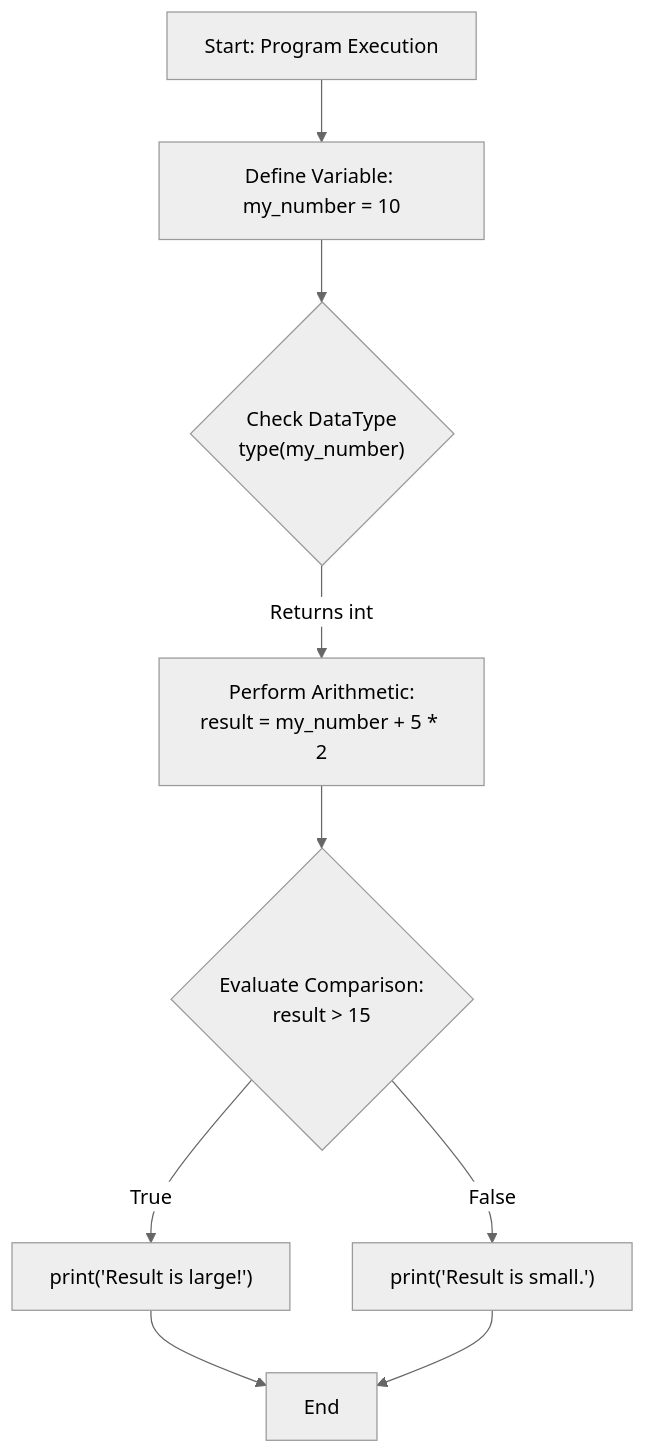
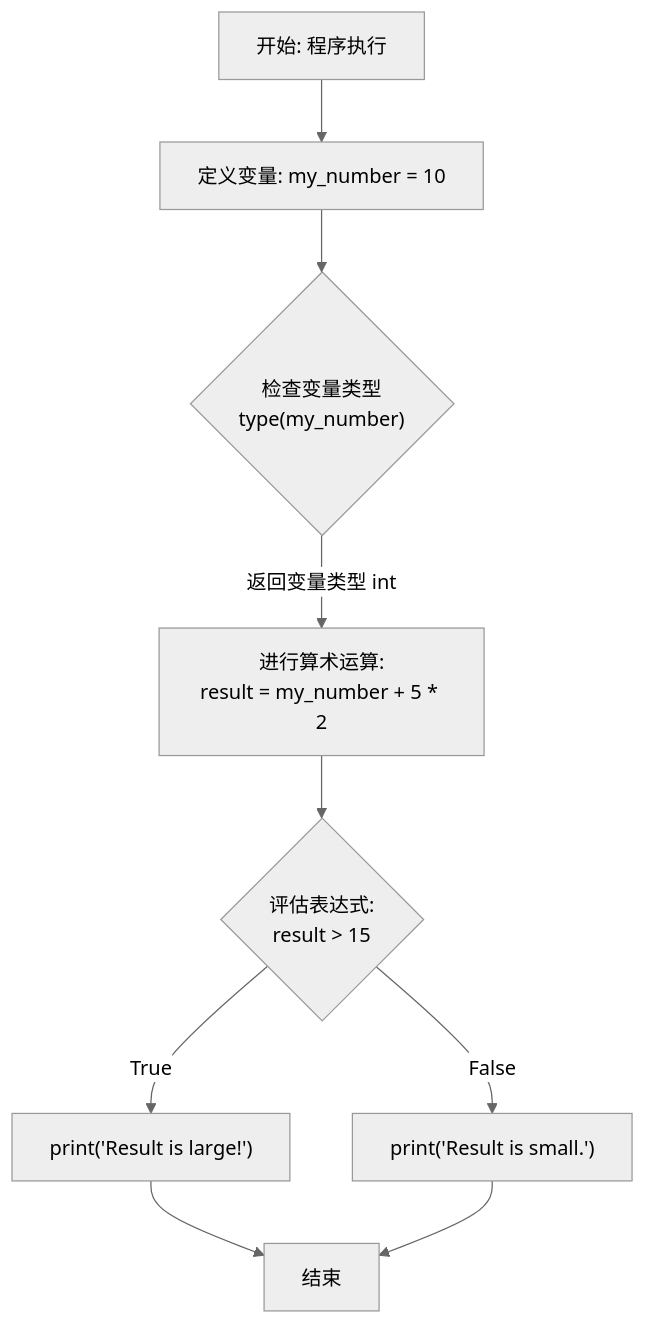
Before and after one commit to liuyngchng/rd.lab: the second of 13 diagrams in python.tutorial.md, drawn with Mermaid (neutral theme). The commit also changed other lines of this file, not shown here.

````diff
--- a/python.tutorial.md
+++ b/python.tutorial.md
@@ -80,11 +104,11 @@
 ```mermaid
 flowchart TD
- A["Start: Program Execution"] -->B["Define Variable: my_number = 10"] 
- B --> C{"Check DataType<br>type(my_number)"}
- C -->|"Returns int"| D["Perform Arithmetic:<br>result = my_number + 5 * 2"]
- D --> E{"Evaluate Comparison:<br>result > 15"}
+ A["开始: 程序执行"] -->B["定义变量: my_number = 10"] 
+ B --> C{"检查变量类型<br>type(my_number)"}
+ C -->|"返回变量类型 int"| D["进行算术运算:<br>result = my_number + 5 * 2"]
+ D --> E{"评估表达式:<br>result > 15"}
  E -->|True| F["print('Result is large!')"]
  E -->|False| G["print('Result is small.')"]
- F--> H["End"]
+ F--> H["结束"]
  G --> H
 ```
````
